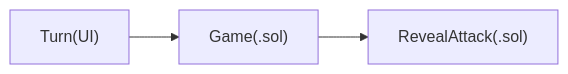
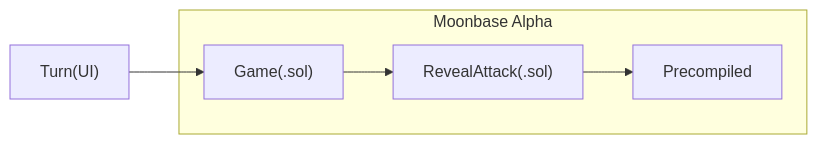
Before and after one commit to SutuLabs/zkFuture-battleship: the second of 2 diagrams in README.md, drawn with Mermaid. The commit also changed other lines of this file and 1 other file, not shown here.

````diff
--- a/README.md
+++ b/README.md
@@ -47,9 +52,15 @@
 ```mermaid
 flowchart LR
     turn["Turn(UI)"]
 
     game["Game(.sol)"]
-    attack["RevealAttack(.sol)"]
 
-    turn --> game --> attack
+    turn --> game 
+    subgraph moonbeam["Moonbase Alpha"]
+        game["Game(.sol)"]
+        attack["RevealAttack(.sol)"]
+        precompile["Precompiled"]
+
+        game --> attack --> precompile
+    end
 ```
````
